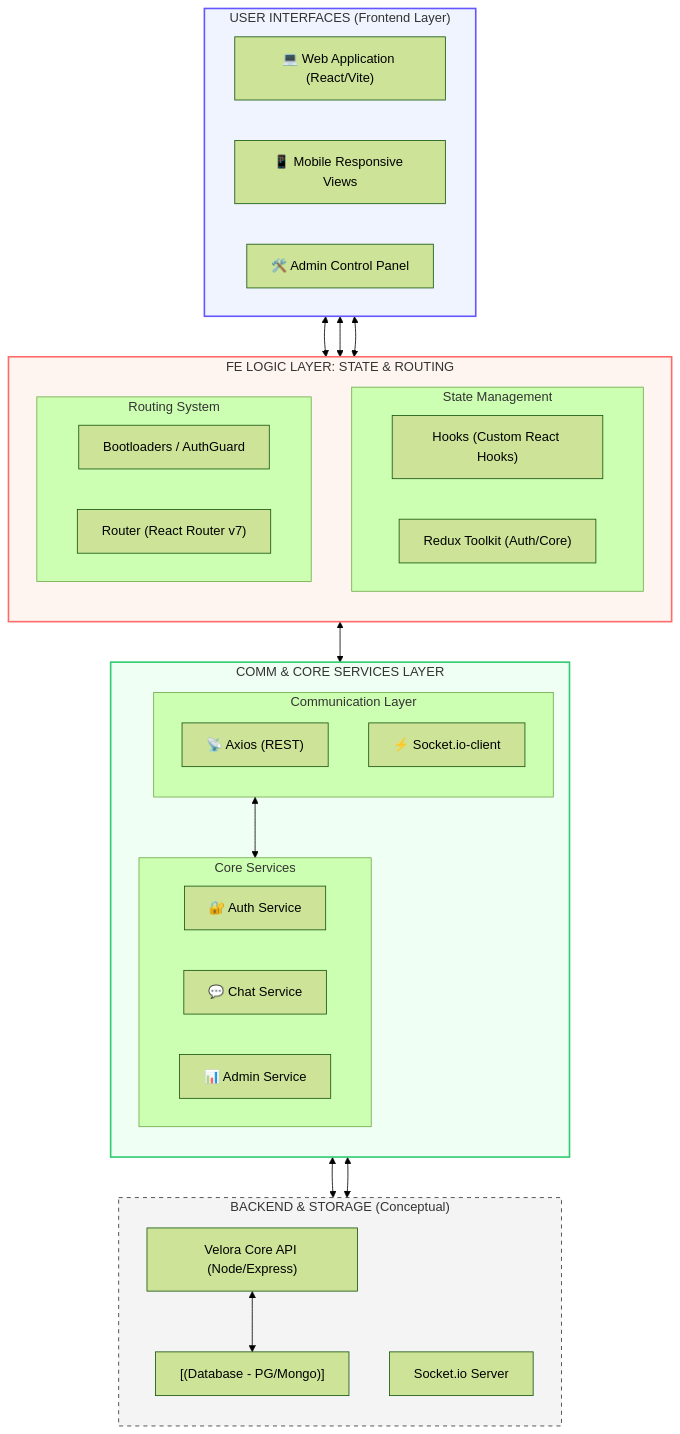
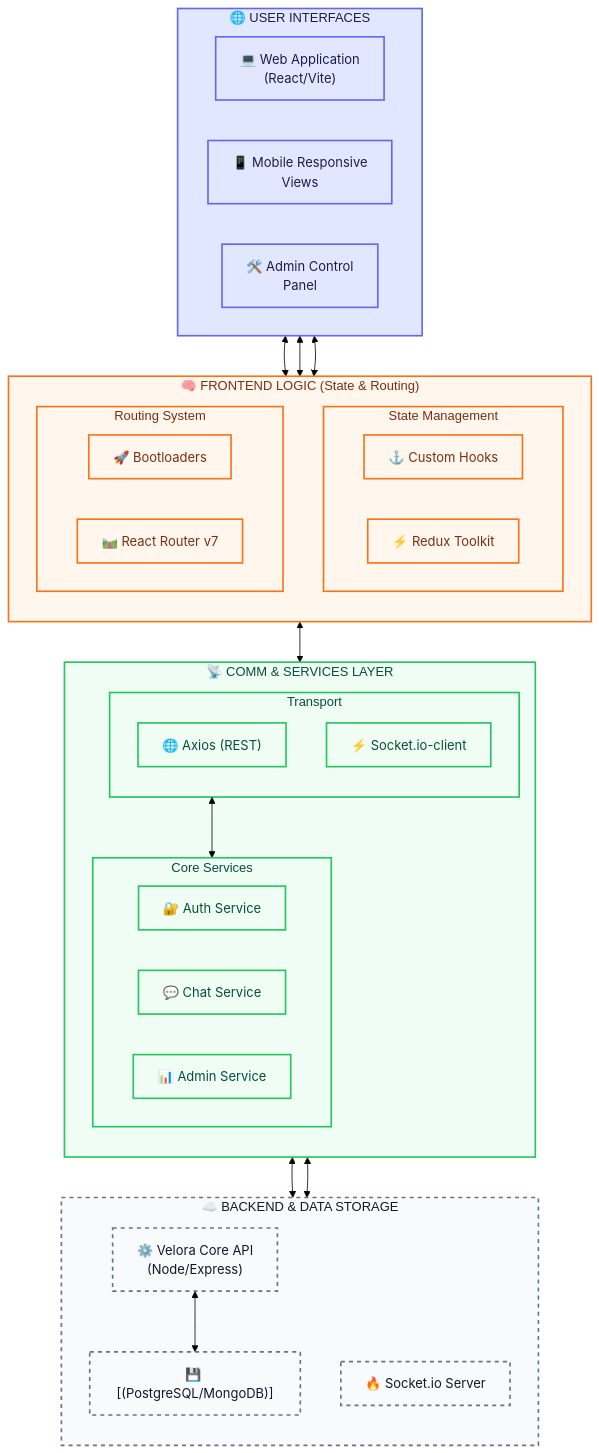
Before and after one commit to Abdullah-819/Velora-Web: the diagram in README.md, drawn with Mermaid (forest theme).

Commit message:
docs: professionalize architecture diagram with refined styling and icons

````diff
--- a/README.md
+++ b/README.md
@@ -6,57 +6,63 @@
 ```mermaid
 graph TB
-    subgraph UI ["USER INTERFACES (Frontend Layer)"]
+    subgraph UI ["🌐 USER INTERFACES"]
         direction LR
-        Web["💻 Web Application (React/Vite)"]
-        Mobile["📱 Mobile Responsive Views"]
-        AdminUI["🛠️ Admin Control Panel"]
+        Web["💻 Web Application<br/>(React/Vite)"]
+        Mobile["📱 Mobile Responsive<br/>Views"]
+        AdminUI["🛠️ Admin Control<br/>Panel"]
     end
 
-    subgraph FE ["FE LOGIC LAYER: STATE & ROUTING"]
+    subgraph FE ["🧠 FRONTEND LOGIC (State & Routing)"]
         direction TB
         subgraph State ["State Management"]
-            Hooks["Hooks (Custom React Hooks)"]
-            Redux["Redux Toolkit (Auth/Core)"]
+            Hooks["⚓ Custom Hooks"]
+            Redux["⚡ Redux Toolkit"]
         end
         
         subgraph Routes ["Routing System"]
-            Boot["Bootloaders / AuthGuard"]
-            Router["Router (React Router v7)"]
+            Boot["🚀 Bootloaders"]
+            Router["🛤️ React Router v7"]
         end
     end
 
-    subgraph Comm ["COMM & CORE SERVICES LAYER"]
+    subgraph Comm ["📡 COMM & SERVICES LAYER"]
         direction TB
-        subgraph Transport ["Communication Layer"]
-            Axios["📡 Axios (REST)"]
+        subgraph Transport ["Transport"]
+            Axios["🌐 Axios (REST)"]
             Socket["⚡ Socket.io-client"]
         end
         
         subgraph Blocks ["Core Services"]
             AuthSrv["🔐 Auth Service"]
             ChatSrv["💬 Chat Service"]
             AdminSrv["📊 Admin Service"]
         end
     end
 
-    subgraph Data ["BACKEND & STORAGE (Conceptual)"]
+    subgraph Data ["☁️ BACKEND & DATA STORAGE"]
         direction TB
-        API["Velora Core API (Node/Express)"]
-        WS["Socket.io Server"]
-        DB["[(Database - PG/Mongo)]"]
+        API["⚙️ Velora Core API<br/>(Node/Express)"]
+        WS["🔥 Socket.io Server"]
+        DB["💾 [(PostgreSQL/MongoDB)]"]
     end
 
     %% Connections
     Web & Mobile & AdminUI <--> FE
     FE <--> Transport
     Transport <--> Blocks
     Blocks <--> API
     API <--> DB
     Socket <--> WS
     
     %% Styling
-    style UI fill:#f0f4ff,stroke:#6557ff,stroke-width:2px
-    style FE fill:#fff5f0,stroke:#ff6b6b,stroke-width:2px
-    style Comm fill:#f0fff4,stroke:#2ecc71,stroke-width:2px
-    style Data fill:#f4f4f4,stroke:#333,stroke-dasharray: 5 5
+    classDef default font-family:Inter,sans-serif;
+    classDef ui fill:#e0e7ff,stroke:#6366f1,stroke-width:2px,color:#1e1b4b;
+    classDef logic fill:#fff7ed,stroke:#f97316,stroke-width:2px,color:#7c2d12;
+    classDef comm fill:#f0fdf4,stroke:#22c55e,stroke-width:2px,color:#064e3b;
+    classDef data fill:#f8fafc,stroke:#64748b,stroke-width:2px,stroke-dasharray: 5 5,color:#0f172a;
+
+    class UI,Web,Mobile,AdminUI ui;
+    class FE,State,Routes,Hooks,Redux,Boot,Router logic;
+    class Comm,Transport,Blocks,Axios,Socket,AuthSrv,ChatSrv,AdminSrv comm;
+    class Data,API,WS,DB data;
 ```
````
